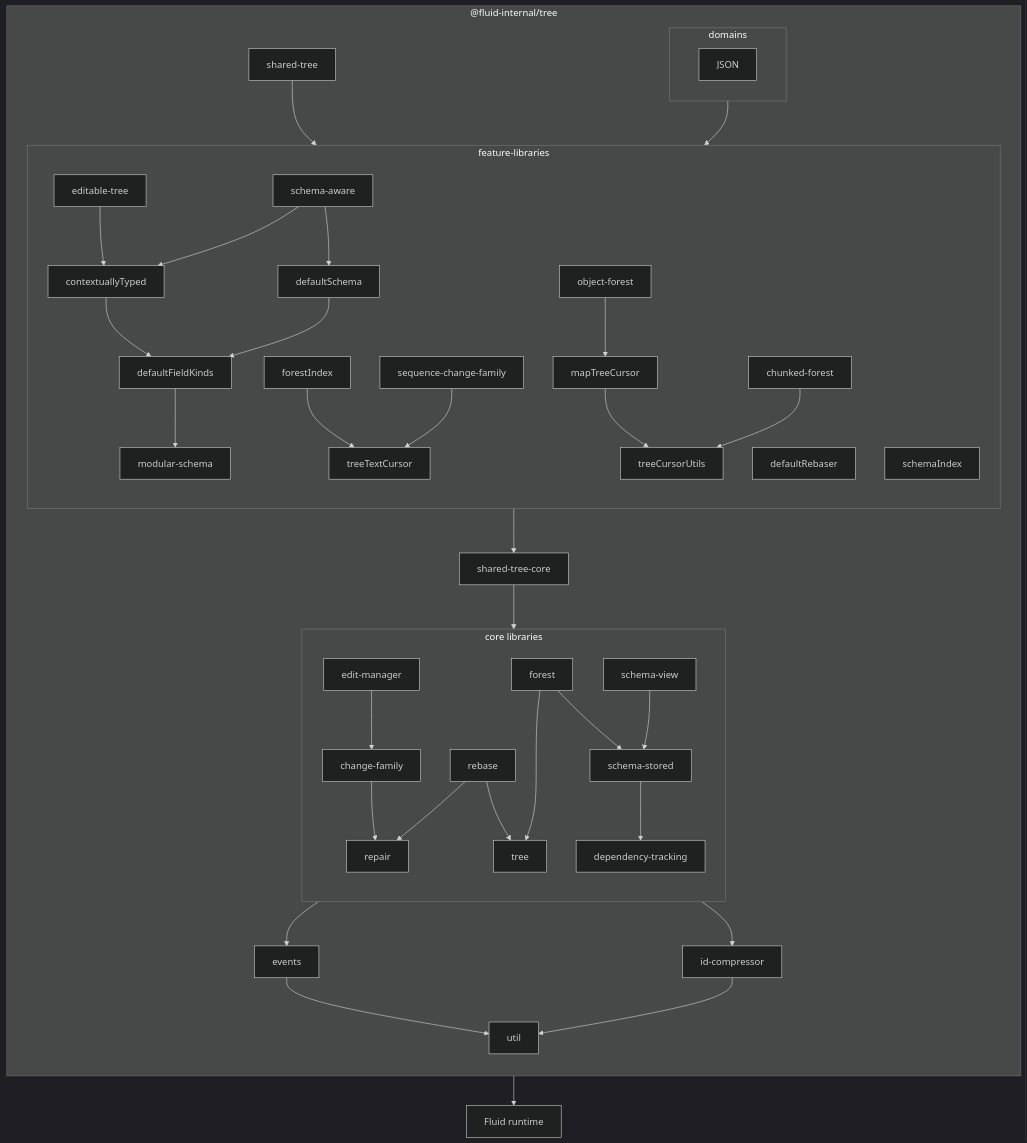
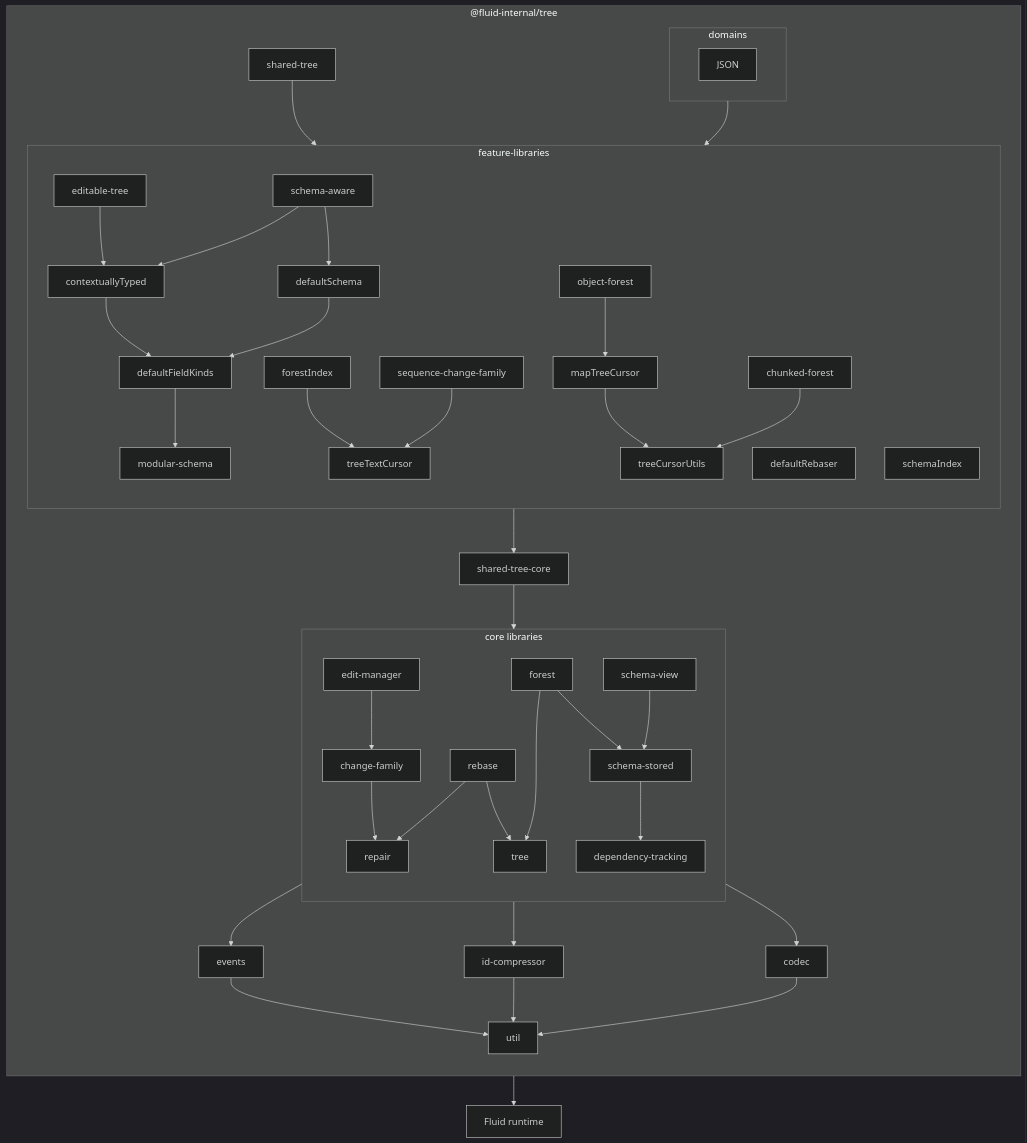
The sixth of 6 diagrams in packages/dds/tree/README.md (microsoft/FluidFramework), drawn with Mermaid (dark theme) before and after one commit. The commit also changed 2 other files, not shown here.

Commit message:
address further feedback

````diff
--- a/packages/dds/tree/README.md
+++ b/packages/dds/tree/README.md
@@ -298,44 +298,45 @@
 ```mermaid
 flowchart
     direction TB
     subgraph package ["@fluid-internal/tree"]
         direction TB
         subgraph core ["core libraries"]
             direction TB
             forest-->schema-stored
             change-family-->repair
             edit-manager-->change-family
             rebase-->repair
             rebase-->tree
             schema-stored-->dependency-tracking
             schema-view-->schema-stored
             dependency-tracking
             forest-->tree
         end
         core-->events-->util
         core-->id-compressor-->util
+        core-->codec-->util
         feature-->shared-tree-core
         shared-tree-core-->core
         shared-tree-->feature
         subgraph feature ["feature-libraries"]
             direction TB
             editable-tree-->contextuallyTyped
             defaultRebaser
             contextuallyTyped-->defaultFieldKinds
             defaultSchema-->defaultFieldKinds-->modular-schema
             forestIndex-->treeTextCursor
             schema-aware-->defaultSchema
             schema-aware-->contextuallyTyped
             modular-schema
             object-forest-->mapTreeCursor-->treeCursorUtils
             chunked-forest-->treeCursorUtils
             schemaIndex
             sequence-change-family-->treeTextCursor
         end
         subgraph domains
             JSON
         end
         domains-->feature
     end
     package-->runtime["Fluid runtime"]
 ```
````
